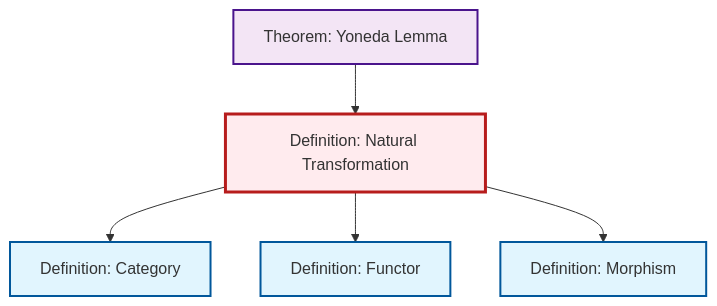
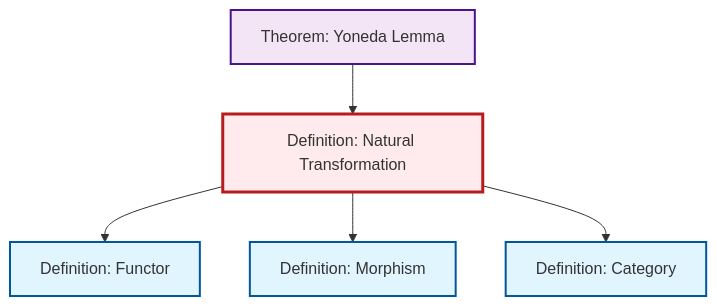
The diagram in content/ja/category-theory/def-natural-transformation.qmd (RK0429/ModernMath), drawn with Mermaid before and after one commit. The commit also changed other lines of this file and 581 other files, not shown here.

````diff
--- a/content/ja/category-theory/def-natural-transformation.qmd
+++ b/content/ja/category-theory/def-natural-transformation.qmd
@@ -60,23 +60,23 @@
 ```{mermaid}
 %%| fig-cap: "Local dependency graph"
 graph TD
     classDef definition fill:#e1f5fe,stroke:#01579b,stroke-width:2px
     classDef theorem fill:#f3e5f5,stroke:#4a148c,stroke-width:2px
     classDef axiom fill:#fff3e0,stroke:#e65100,stroke-width:2px
     classDef example fill:#e8f5e9,stroke:#1b5e20,stroke-width:2px
     classDef current fill:#ffebee,stroke:#b71c1c,stroke-width:3px
-    def-functor["Definition: Functor"]:::definition
+    thm-yoneda["Theorem: Yoneda Lemma"]:::theorem
+    def-morphism["Definition: Morphism"]:::definition
     def-category["Definition: Category"]:::definition
     def-natural-transformation["Definition: Natural Transformation"]:::definition
-    thm-yoneda["Theorem: Yoneda Lemma"]:::theorem
-    def-morphism["Definition: Morphism"]:::definition
+    def-functor["Definition: Functor"]:::definition
+    def-natural-transformation --> def-functor
+    thm-yoneda --> def-natural-transformation
+    def-natural-transformation --> def-morphism
     def-natural-transformation --> def-category
-    def-natural-transformation --> def-functor
-    def-natural-transformation --> def-morphism
-    thm-yoneda --> def-natural-transformation
     class def-natural-transformation current
-    click def-functor "def-functor.html" "Definition: Functorへ"
-    click def-category "def-category.html" "Definition: Categoryへ"
     click thm-yoneda "thm-yoneda.html" "Theorem: Yoneda Lemmaへ"
     click def-morphism "def-morphism.html" "Definition: Morphismへ"
+    click def-category "def-category.html" "Definition: Categoryへ"
+    click def-functor "def-functor.html" "Definition: Functorへ"
 ```
````
